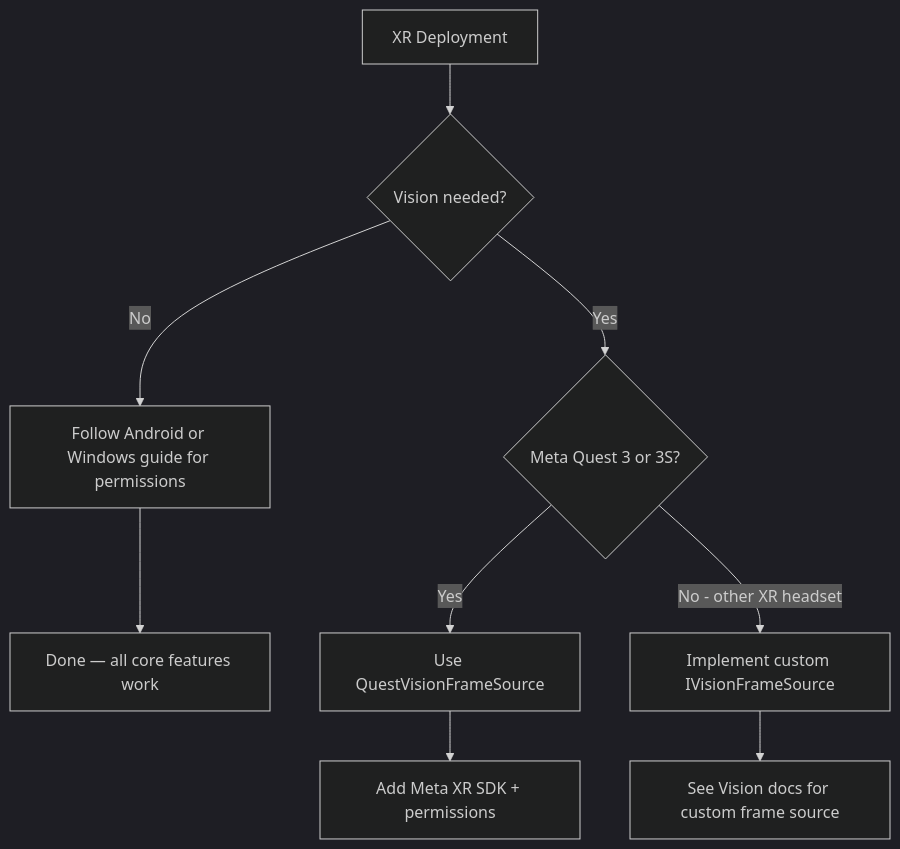
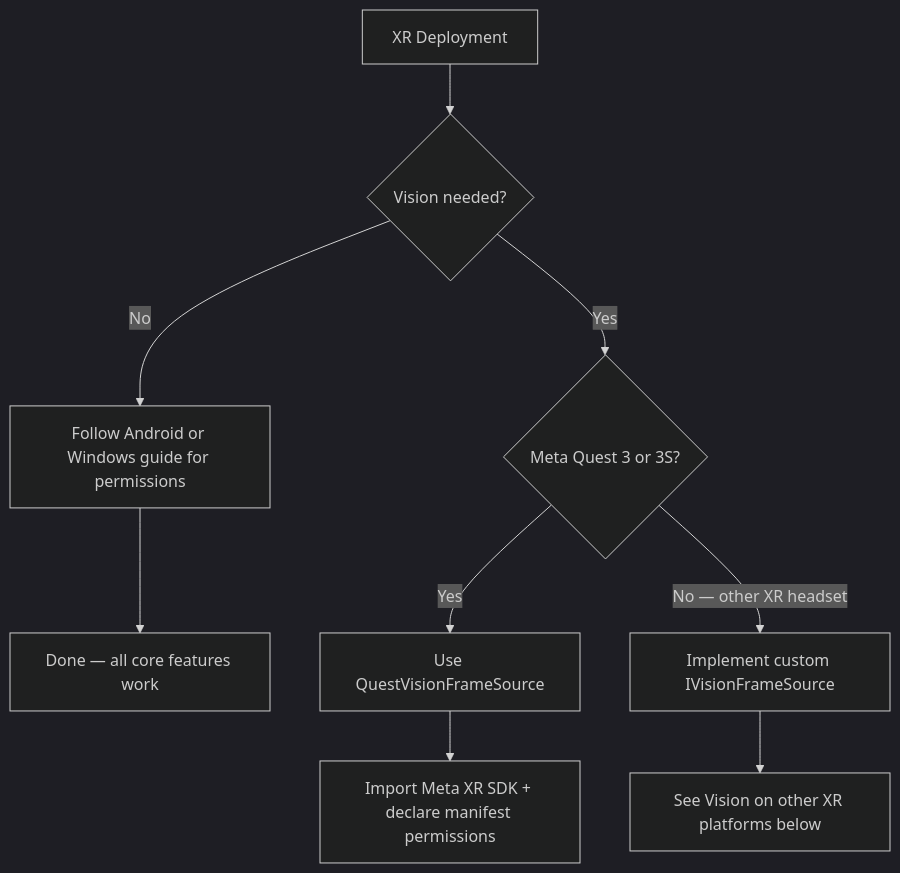
One commit to Conv-AI/Convai-Documentation changed the diagram in plugins-and-integrations/convai-unity-sdk/platform-guides/xr-headsets.md. Above: the diagram before and after it, drawn with Mermaid (dark theme). The commit also changed other lines of this file and 325 other files, not shown here.

````diff
--- a/plugins-and-integrations/convai-unity-sdk/platform-guides/xr-headsets.md
+++ b/plugins-and-integrations/convai-unity-sdk/platform-guides/xr-headsets.md
@@ -16,11 +32,11 @@
 ```mermaid
 graph TD
     A[XR Deployment] --> B{Vision needed?}
     B -->|No| C[Follow Android or Windows guide for permissions]
     C --> D[Done — all core features work]
     B -->|Yes| E{Meta Quest 3 or 3S?}
     E -->|Yes| F[Use QuestVisionFrameSource]
-    F --> G[Add Meta XR SDK + permissions]
-    E -->|No - other XR headset| H[Implement custom IVisionFrameSource]
-    H --> I[See Vision docs for custom frame source]
+    F --> G[Import Meta XR SDK + declare manifest permissions]
+    E -->|No — other XR headset| H[Implement custom IVisionFrameSource]
+    H --> I[See Vision on other XR platforms below]
 ```
````
